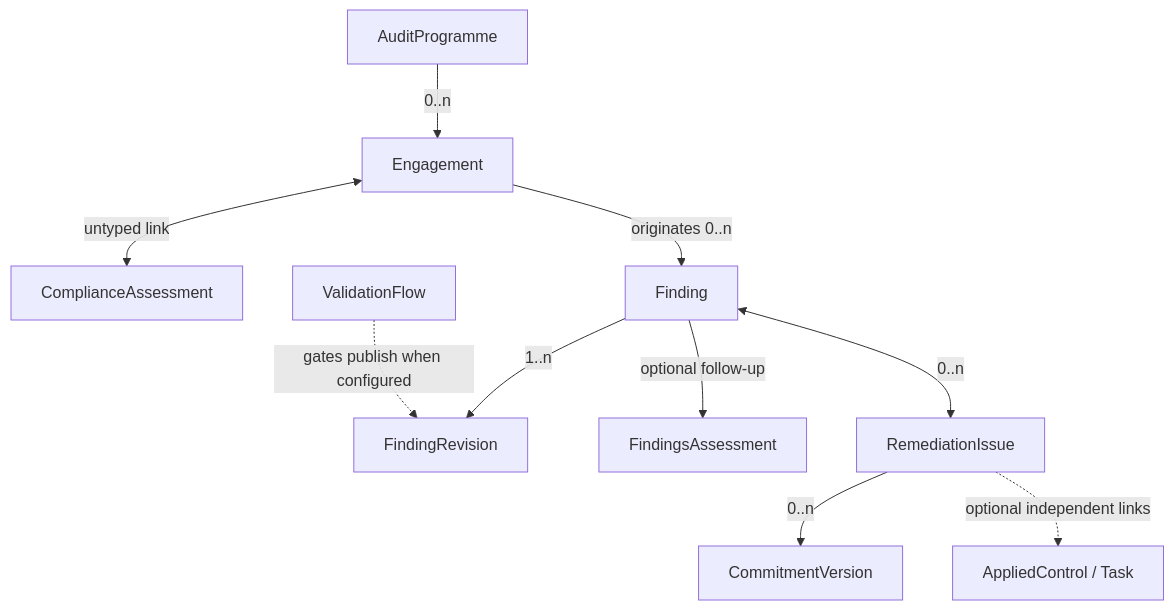
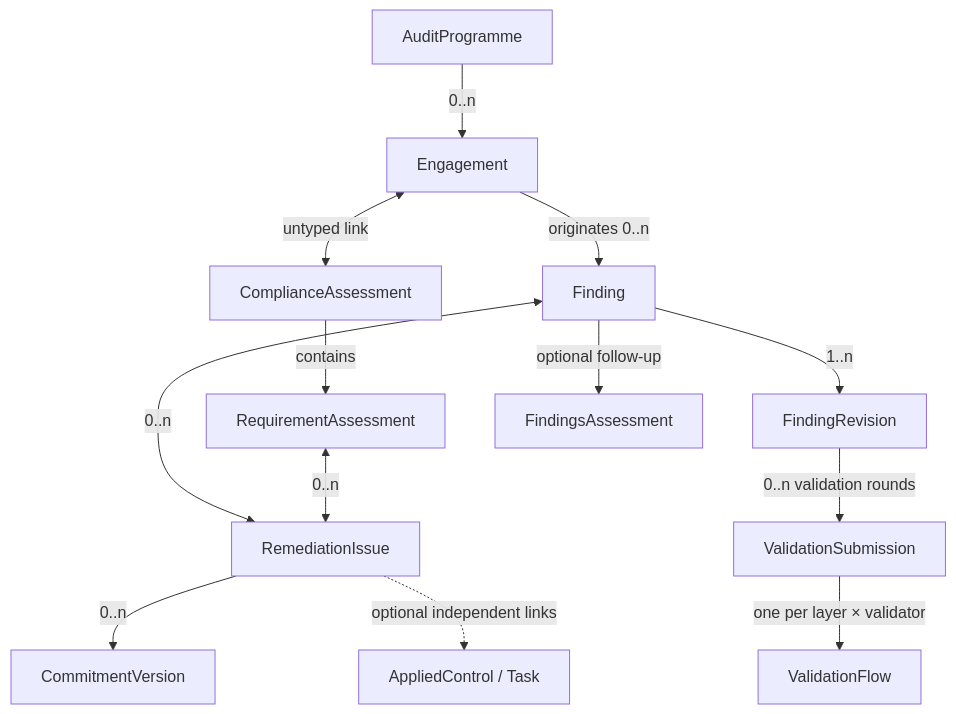
The first of 2 diagrams in documentation/architecture/issues-engagements.md (intuitem/ciso-assistant-community), drawn with Mermaid before and after one commit. The commit also changed other lines of this file, not shown here.

````diff
--- a/documentation/architecture/issues-engagements.md
+++ b/documentation/architecture/issues-engagements.md
@@ -65,12 +69,15 @@
 ```mermaid
 flowchart TD
     AP["AuditProgramme"] -->|0..n| E["Engagement"]
     E <-->|untyped link| CA["ComplianceAssessment"]
+    CA -->|contains| RA["RequirementAssessment"]
     E -->|originates 0..n| F["Finding"]
     F -->|1..n| FR["FindingRevision"]
-    VF["ValidationFlow"] -.->|gates publish when configured| FR
+    FR -->|0..n validation rounds| VS["ValidationSubmission"]
+    VS -->|one per layer × validator| VF["ValidationFlow"]
     F -->|optional follow-up| FA["FindingsAssessment"]
     F <-->|0..n| RI["RemediationIssue"]
+    RA <-->|0..n| RI
     RI -->|0..n| CV["CommitmentVersion"]
     RI -.->|optional independent links| AC["AppliedControl / Task"]
 ```
````
